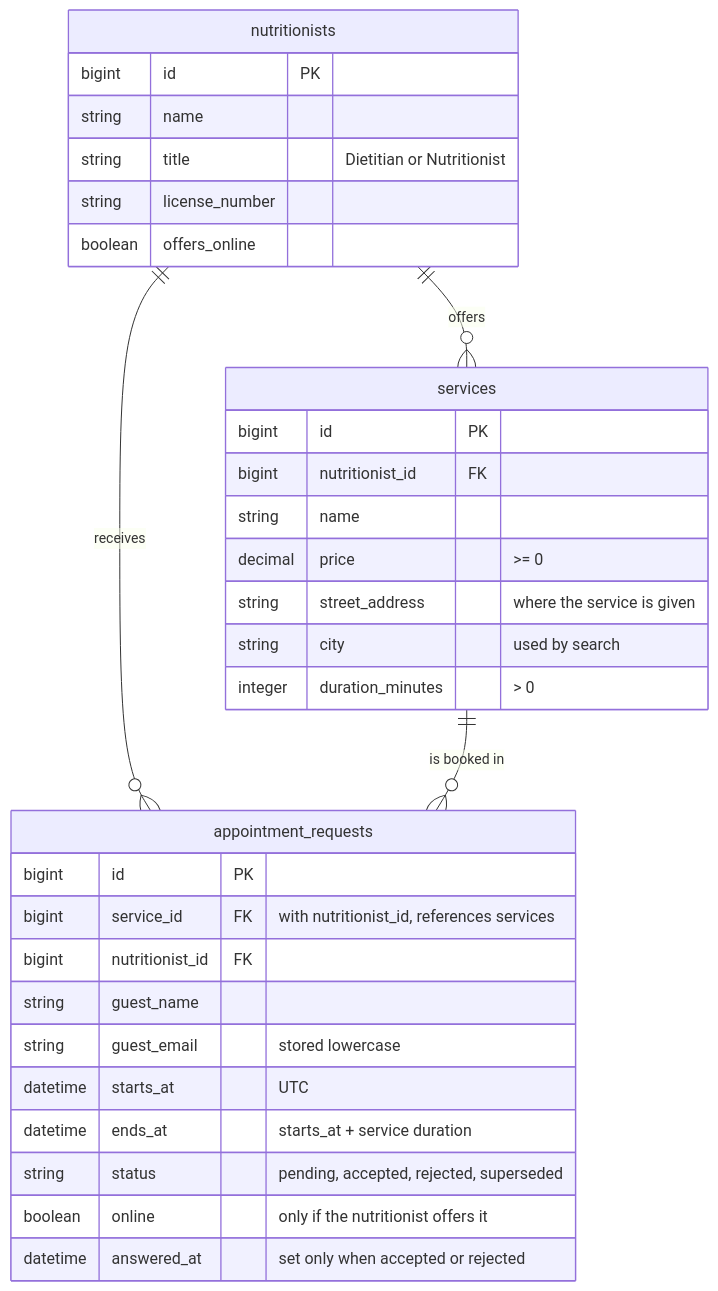
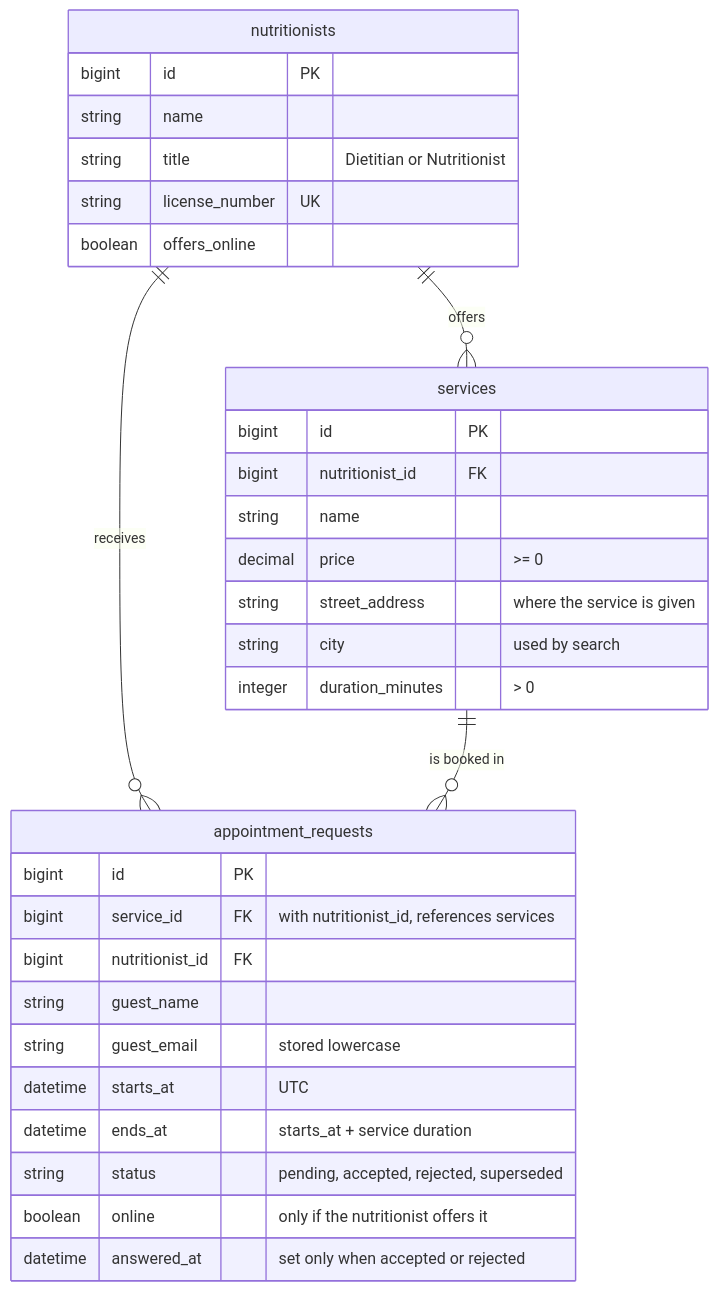
Before and after one commit to rgllm/NutriBook: the diagram in README.md, drawn with Mermaid. The commit also changed 6 other files, not shown here.

First line of the commit message:
feat(backend): one nutritionist per license number

````diff
--- a/README.md
+++ b/README.md
@@ -64,37 +64,37 @@
 ```mermaid
 erDiagram
     nutritionists ||--o{ services : offers
     nutritionists ||--o{ appointment_requests : receives
     services ||--o{ appointment_requests : "is booked in"
 
     nutritionists {
         bigint id PK
         string name
         string title "Dietitian or Nutritionist"
-        string license_number
+        string license_number UK
         boolean offers_online
     }
 
     services {
         bigint id PK
         bigint nutritionist_id FK
         string name
         decimal price ">= 0"
         string street_address "where the service is given"
         string city "used by search"
         integer duration_minutes "> 0"
     }
 
     appointment_requests {
         bigint id PK
         bigint service_id FK "with nutritionist_id, references services"
         bigint nutritionist_id FK
         string guest_name
         string guest_email "stored lowercase"
         datetime starts_at "UTC"
         datetime ends_at "starts_at + service duration"
         string status "pending, accepted, rejected, superseded"
         boolean online "only if the nutritionist offers it"
         datetime answered_at "set only when accepted or rejected"
     }
 ```
````
